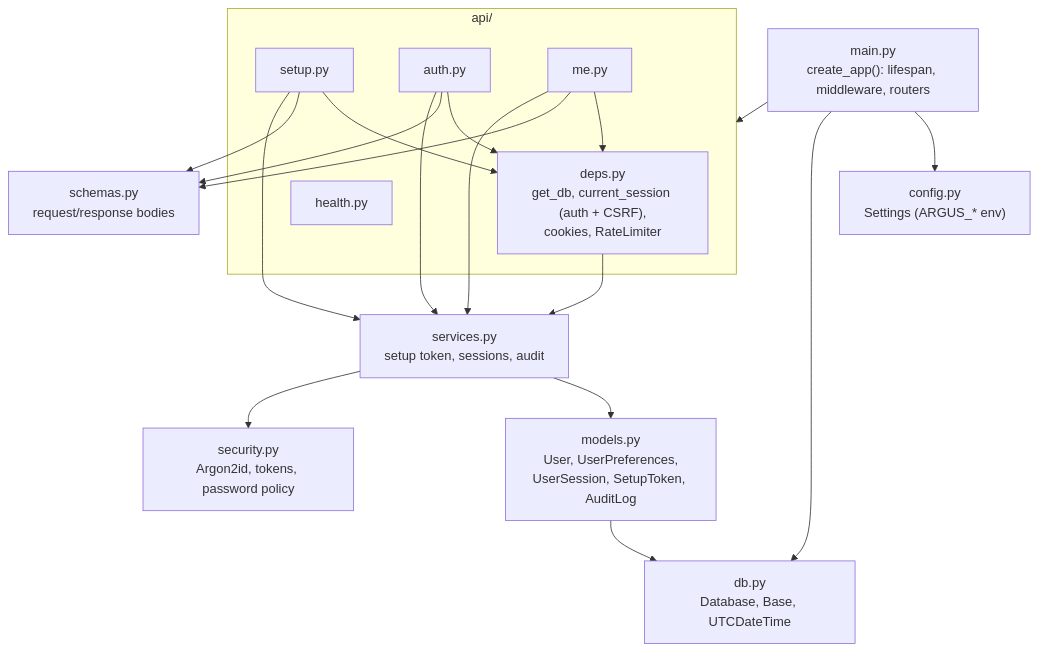
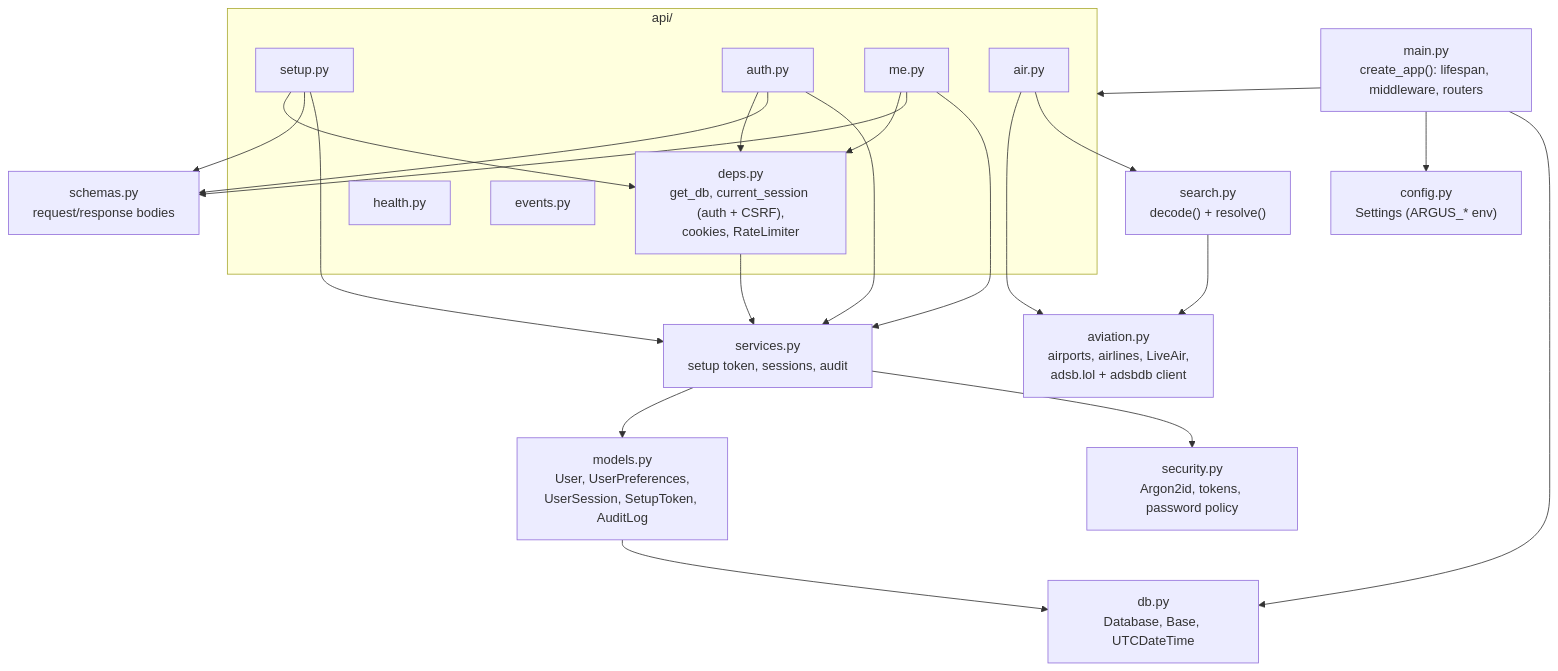
One commit to twillislabs/argus changed the diagram in docs-site/docs/technical/backend.md. Above: the diagram before and after it, drawn with Mermaid. The commit also changed other lines of this file and 36 other files, not shown here.

````diff
--- a/docs-site/docs/technical/backend.md
+++ b/docs-site/docs/technical/backend.md
@@ -13,22 +13,28 @@
 ```mermaid
 flowchart TB
   main["main.py<br/>create_app(): lifespan, middleware, routers"]
   config["config.py<br/>Settings (ARGUS_* env)"]
   db["db.py<br/>Database, Base, UTCDateTime"]
   models["models.py<br/>User, UserPreferences,<br/>UserSession, SetupToken, AuditLog"]
   schemas["schemas.py<br/>request/response bodies"]
   security["security.py<br/>Argon2id, tokens, password policy"]
   services["services.py<br/>setup token, sessions, audit"]
   subgraph api[api/]
     deps["deps.py<br/>get_db, current_session (auth + CSRF),<br/>cookies, RateLimiter"]
     health[health.py]
     setup[setup.py]
     auth[auth.py]
     me[me.py]
+    events[events.py]
+    air[air.py]
   end
+  aviation["aviation.py<br/>airports, airlines, LiveAir,<br/>adsb.lol + adsbdb client"]
+  search["search.py<br/>decode() + resolve()"]
+  air --> aviation & search
+  search --> aviation
   main --> config & db & api
   setup & auth & me --> deps & schemas & services
   services --> models & security
   deps --> services
   models --> db
 ```
````
